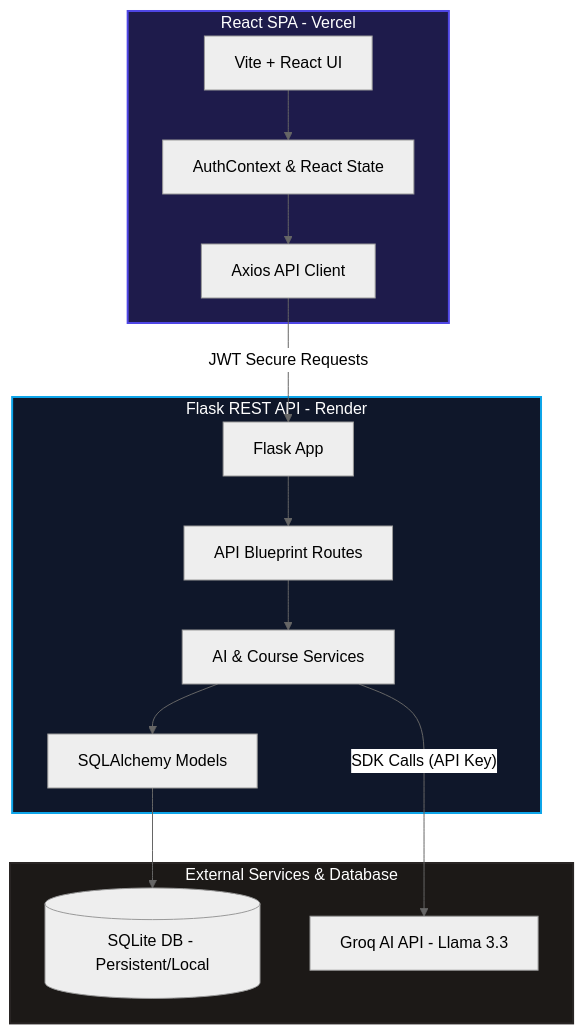
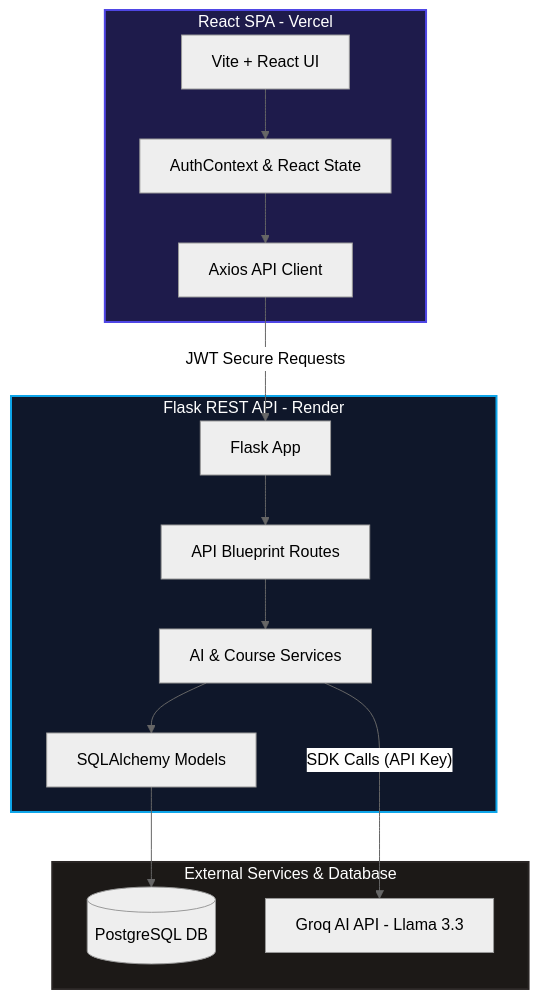
The diagram in README.md (subhan-bashaa/SkillForge-Ai), drawn with Mermaid (neutral theme) before and after one commit. The commit also changed other lines of this file and 9 other files, not shown here.

````diff
--- a/README.md
+++ b/README.md
@@ -48,34 +48,34 @@
 ```mermaid
 graph TD
     subgraph Frontend [React SPA - Vercel]
         UI[Vite + React UI]
         State[AuthContext & React State]
         AxiosClient[Axios API Client]
         UI --> State
         State --> AxiosClient
     end
 
     subgraph Backend [Flask REST API - Render]
         FlaskServer[Flask App]
         Routes[API Blueprint Routes]
         Services[AI & Course Services]
         Models[SQLAlchemy Models]
         
         AxiosClient -- JWT Secure Requests --> FlaskServer
         FlaskServer --> Routes
         Routes --> Services
         Services --> Models
     end
 
     subgraph External [External Services & Database]
-        SQLite[(SQLite DB - Persistent/Local)]
+        PostgreSQL[(PostgreSQL DB)]
         Groq[Groq AI API - Llama 3.3]
         
-        Models --> SQLite
+        Models --> PostgreSQL
         Services -- SDK Calls (API Key) --> Groq
     end
     
     style Frontend fill:#1e1b4b,stroke:#4f46e5,stroke-width:2px,color:#fff
     style Backend fill:#0f172a,stroke:#0ea5e9,stroke-width:2px,color:#fff
     style External fill:#1c1917,stroke:#292524,stroke-width:2px,color:#fff
 ```
````
